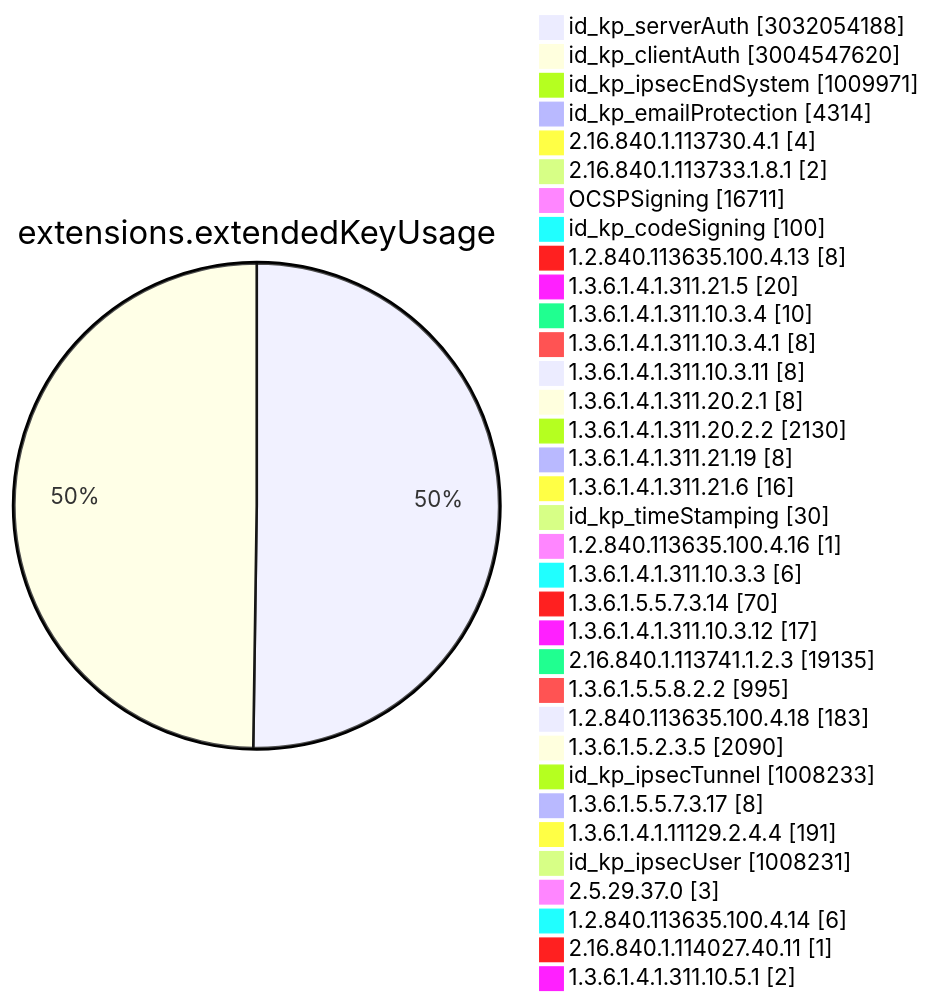
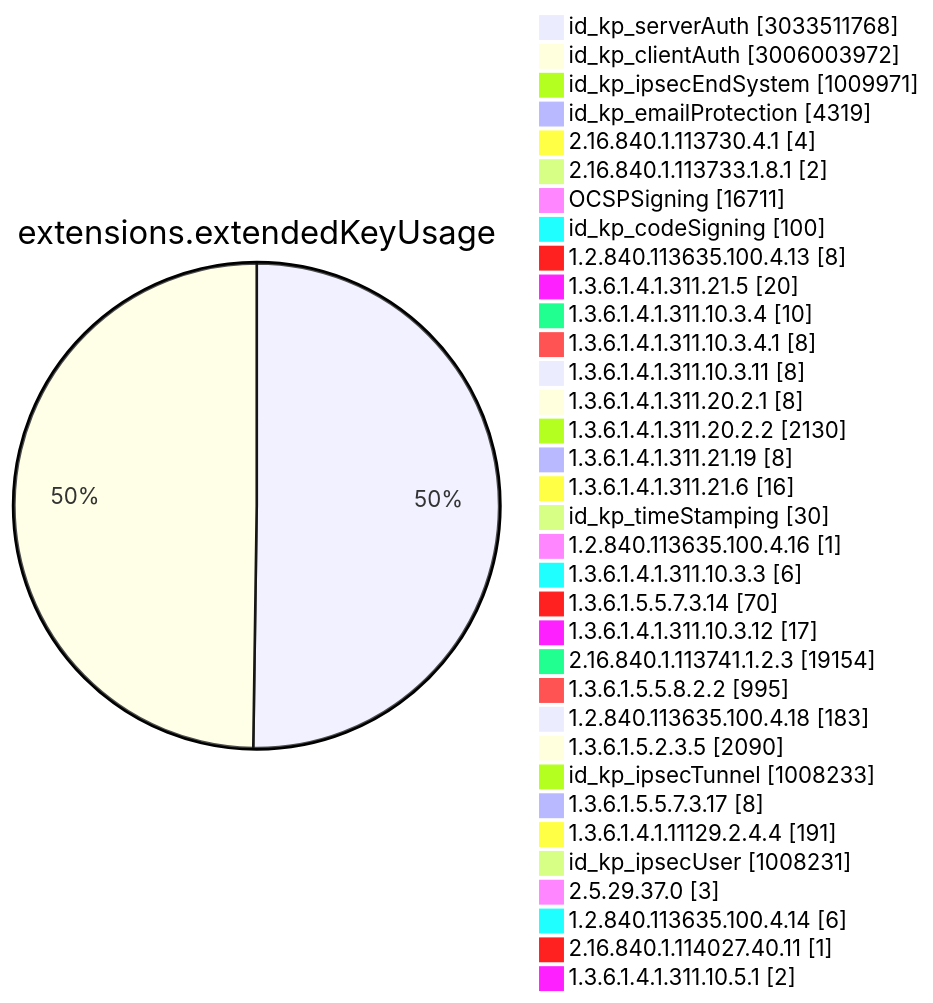
Diagram 11 of 15 in TOTAL/README.md (christiankrug/ctmonitor_visualization), drawn with Mermaid before and after one commit. The commit also changed other lines of this file, not shown here.

````diff
--- a/TOTAL/README.md
+++ b/TOTAL/README.md
@@ -4111,38 +4111,38 @@
 ```mermaid
 pie showData
 title extensions.extendedKeyUsage
-"id_kp_serverAuth" :3032054188
-"id_kp_clientAuth" :3004547620
+"id_kp_serverAuth" :3033511768
+"id_kp_clientAuth" :3006003972
 "id_kp_ipsecEndSystem" :1009971
-"id_kp_emailProtection" :4314
+"id_kp_emailProtection" :4319
 "2.16.840.1.113730.4.1" :4
 "2.16.840.1.113733.1.8.1" :2
 "OCSPSigning" :16711
 "id_kp_codeSigning" :100
 "1.2.840.113635.100.4.13" :8
 "1.3.6.1.4.1.311.21.5" :20
 "1.3.6.1.4.1.311.10.3.4" :10
 "1.3.6.1.4.1.311.10.3.4.1" :8
 "1.3.6.1.4.1.311.10.3.11" :8
 "1.3.6.1.4.1.311.20.2.1" :8
 "1.3.6.1.4.1.311.20.2.2" :2130
 "1.3.6.1.4.1.311.21.19" :8
 "1.3.6.1.4.1.311.21.6" :16
 "id_kp_timeStamping" :30
 "1.2.840.113635.100.4.16" :1
 "1.3.6.1.4.1.311.10.3.3" :6
 "1.3.6.1.5.5.7.3.14" :70
 "1.3.6.1.4.1.311.10.3.12" :17
-"2.16.840.1.113741.1.2.3" :19135
+"2.16.840.1.113741.1.2.3" :19154
 "1.3.6.1.5.5.8.2.2" :995
 "1.2.840.113635.100.4.18" :183
 "1.3.6.1.5.2.3.5" :2090
 "id_kp_ipsecTunnel" :1008233
 "1.3.6.1.5.5.7.3.17" :8
 "1.3.6.1.4.1.11129.2.4.4" :191
 "id_kp_ipsecUser" :1008231
 "2.5.29.37.0" :3
 "1.2.840.113635.100.4.14" :6
 "2.16.840.1.114027.40.11" :1
 "1.3.6.1.4.1.311.10.5.1" :2
 ```
````
